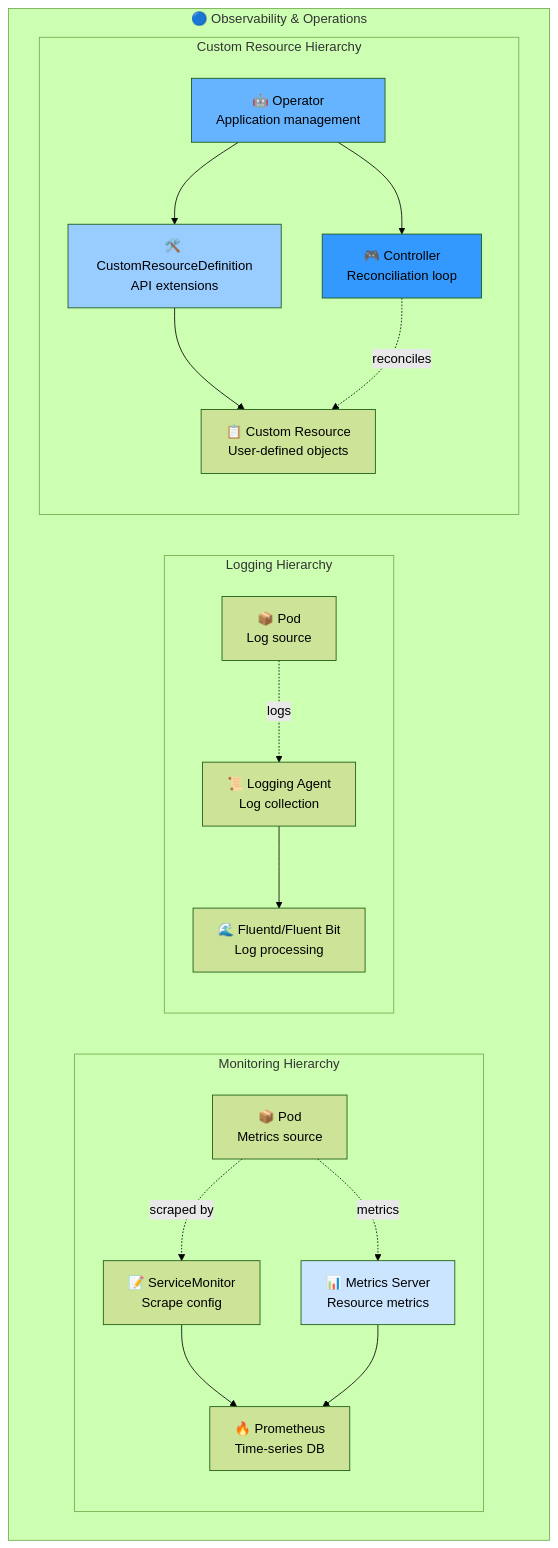
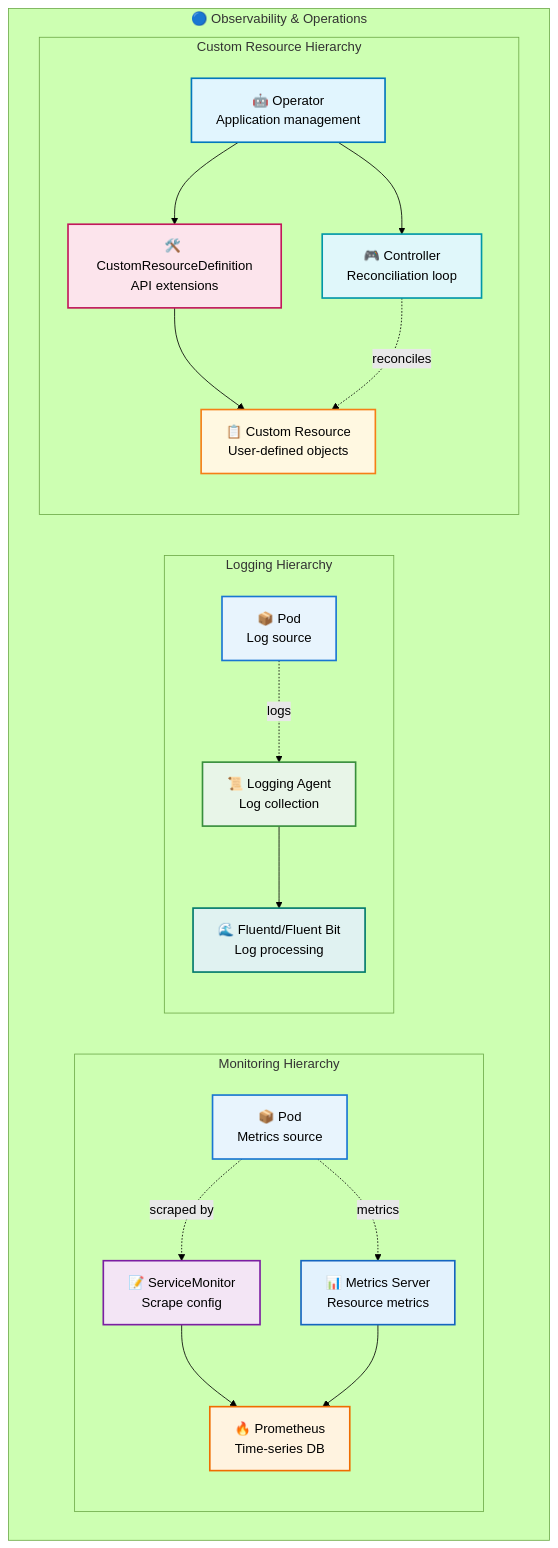
One commit to razkevich/system_design_course changed the eighth of 8 diagrams in 1.4_distributed_systems/kubernetes_developer_guide.md. Above: the diagram before and after it, drawn with Mermaid (forest theme). The commit also changed other lines of this file, not shown here.

````diff
--- a/1.4_distributed_systems/kubernetes_developer_guide.md
+++ b/1.4_distributed_systems/kubernetes_developer_guide.md
@@ -259,43 +309,50 @@
 ```mermaid
 flowchart TD
     subgraph "🔵 Observability & Operations"
         
         subgraph "Monitoring Hierarchy"
             MetricsServer["📊 Metrics Server<br/>Resource metrics"]
             Prometheus["🔥 Prometheus<br/>Time-series DB"]
             ServiceMonitor["📝 ServiceMonitor<br/>Scrape config"]
             MonitoredPod["📦 Pod<br/>Metrics source"]
             
             ServiceMonitor --> Prometheus
             MetricsServer --> Prometheus
             MonitoredPod -.->|"scraped by"| ServiceMonitor
             MonitoredPod -.->|"metrics"| MetricsServer
         end
         
         subgraph "Logging Hierarchy"
             LoggingAgent["📜 Logging Agent<br/>Log collection"]
             Fluentd["🌊 Fluentd/Fluent Bit<br/>Log processing"]
             LogPod["📦 Pod<br/>Log source"]
             
             LogPod -.->|"logs"| LoggingAgent
             LoggingAgent --> Fluentd
         end
         
         subgraph "Custom Resource Hierarchy"
             Operator["🤖 Operator<br/>Application management"]
             Controller["🎮 Controller<br/>Reconciliation loop"]
             CRD["🛠️ CustomResourceDefinition<br/>API extensions"]
             CustomResource["📋 Custom Resource<br/>User-defined objects"]
             
             Operator --> Controller
             Operator --> CRD
             CRD --> CustomResource
             Controller -.->|"reconciles"| CustomResource
         end
     end
     
-    style MetricsServer fill:#cce5ff
-    style CRD fill:#99ccff
-    style Operator fill:#66b3ff
-    style Controller fill:#3399ff
+    style MonitoredPod fill:#e8f4fd,stroke:#1976d2,stroke-width:2px,color:#000
+    style LogPod fill:#e8f4fd,stroke:#1976d2,stroke-width:2px,color:#000
+    style MetricsServer fill:#e3f2fd,stroke:#1565c0,stroke-width:2px,color:#000
+    style Prometheus fill:#fff3e0,stroke:#ef6c00,stroke-width:2px,color:#000
+    style ServiceMonitor fill:#f3e5f5,stroke:#7b1fa2,stroke-width:2px,color:#000
+    style LoggingAgent fill:#e8f5e8,stroke:#388e3c,stroke-width:2px,color:#000
+    style Fluentd fill:#e0f2f1,stroke:#00796b,stroke-width:2px,color:#000
+    style Operator fill:#e1f5fe,stroke:#0277bd,stroke-width:2px,color:#000
+    style Controller fill:#e0f7fa,stroke:#0097a7,stroke-width:2px,color:#000
+    style CRD fill:#fce4ec,stroke:#c2185b,stroke-width:2px,color:#000
+    style CustomResource fill:#fff8e1,stroke:#f57f17,stroke-width:2px,color:#000
 ```
````
